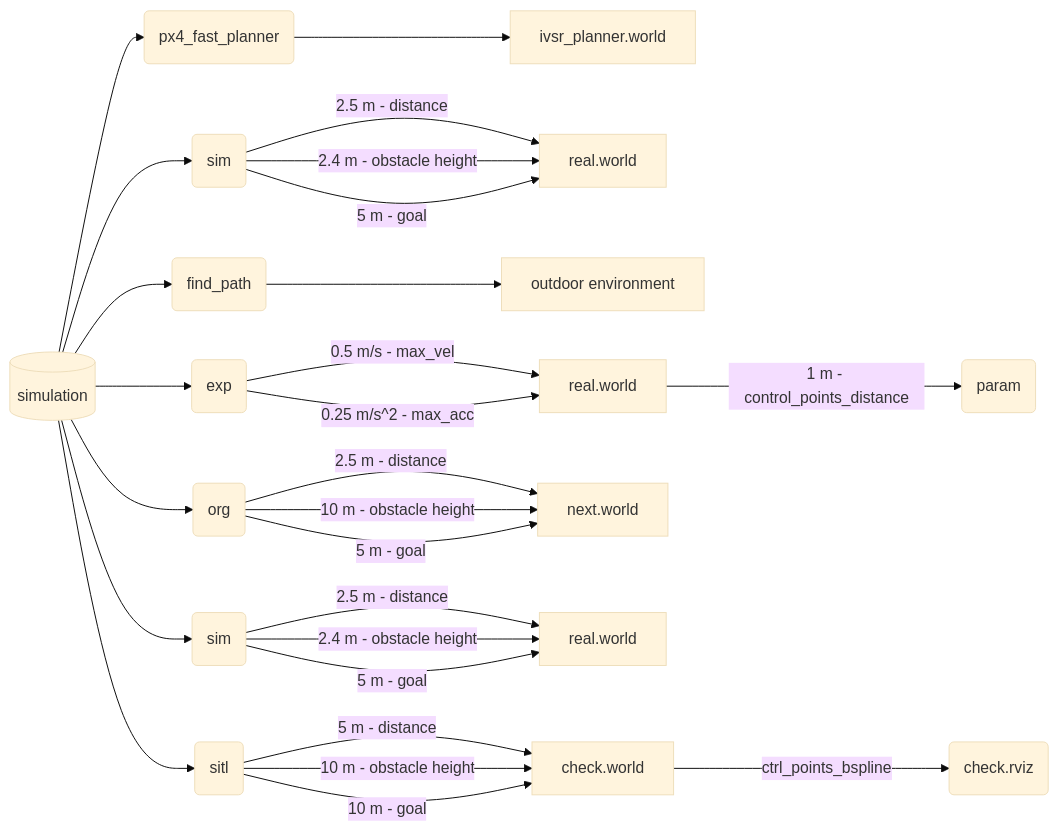
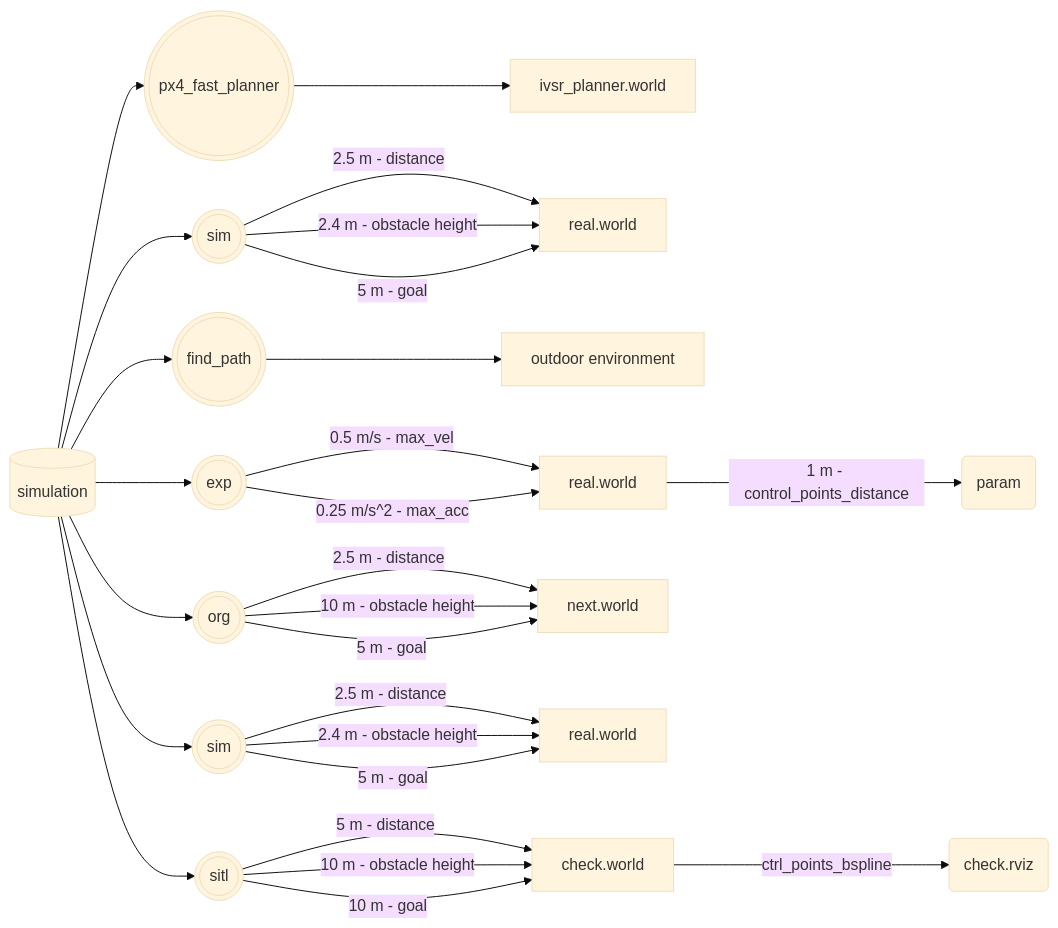
One commit to Dieptranivsr/drone_extend changed the second of 4 diagrams in sp_code/system.md. Above: the diagram before and after it, drawn with Mermaid (base theme).

````diff
--- a/sp_code/system.md
+++ b/sp_code/system.md
@@ -8,29 +8,29 @@
 ```mermaid
 flowchart LR 
 
-A[(simulation)] --> B(px4_fast_planner)
+A[(simulation)] --> B(((px4_fast_planner)))
 B --> C[ivsr_planner.world]
-A --> D(sim)
+A --> D(((sim)))
 D -->|2.5 m - distance| E[real.world]
 D -->|2.4 m - obstacle height| E
 D -->|5 m - goal| E
-A --> F(find_path)
+A --> F(((find_path)))
 F --> G[outdoor environment]
-A --> H(exp)
+A --> H(((exp)))
 H -->|0.5 m/s - max_vel| I[real.world]
 H -->|0.25 m/s^2 - max_acc| I
 I -->|1 m - control_points_distance| II(param)
-A --> J(org)
+A --> J(((org)))
 J -->|2.5 m - distance| K[next.world]
 J -->|10 m - obstacle height| K
 J -->|5 m - goal| K
-A --> L(sim)
+A --> L(((sim)))
 L -->|2.5 m - distance| LL[real.world]
 L -->|2.4 m - obstacle height| LL
 L -->|5 m - goal| LL
-A --> M(sitl)
+A --> M(((sitl)))
 M -->|5 m - distance| N[check.world]
 M -->|10 m - obstacle height| N
 M -->|10 m - goal| N
 N -->|ctrl_points_bspline| NN(check.rviz)
 ```
````
